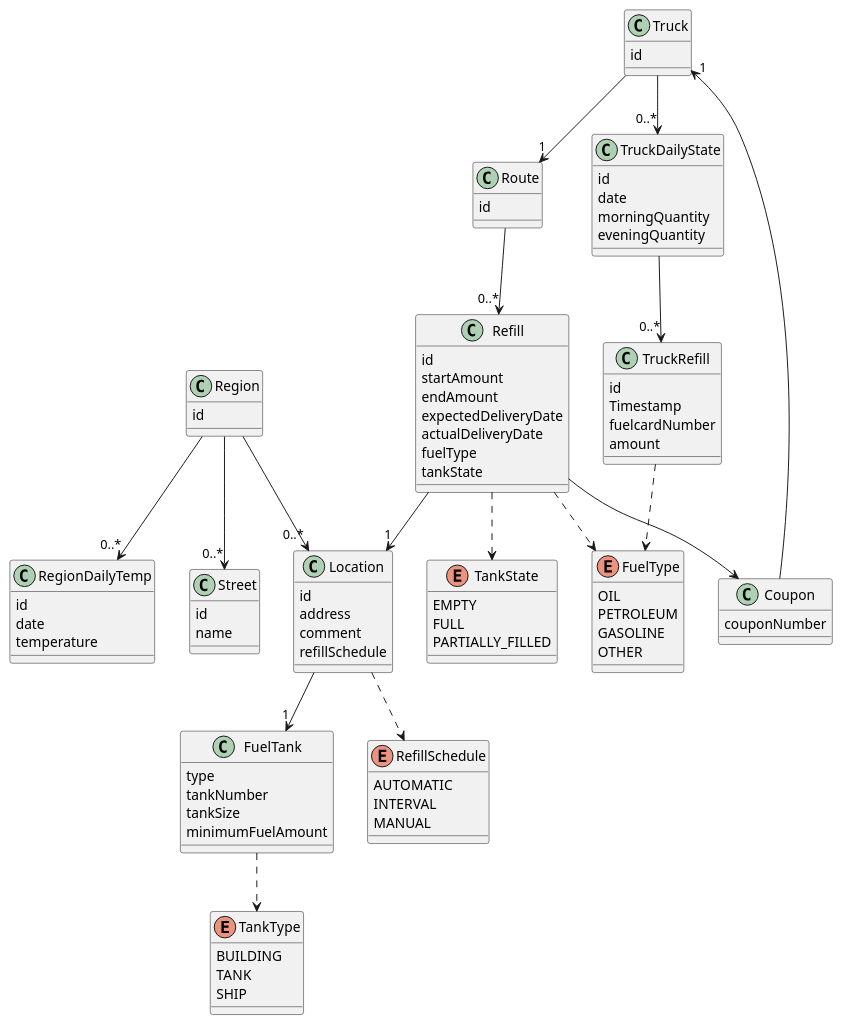
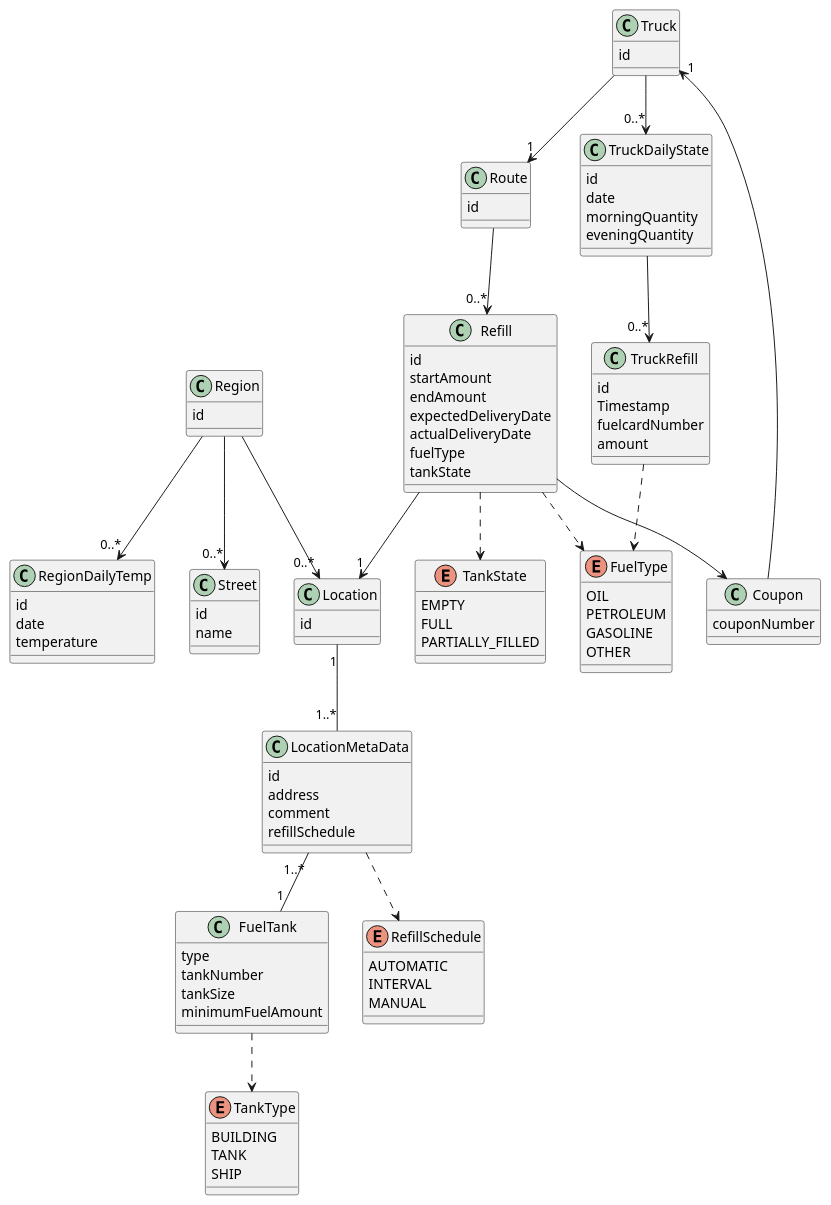
The diagram in docs/entity-datamodel.md (IT-Minds/client_comby_oilcontrols), drawn with PlantUML before and after one commit.

Commit message:
expand dm diagram.

````diff
--- a/docs/entity-datamodel.md
+++ b/docs/entity-datamodel.md
@@ -13,6 +13,10 @@
 }
 
 class Location {
+  id
+}
+
+class LocationMetaData {
   id
   address
   comment
@@ -109,8 +113,9 @@
 TruckRefill ..> FuelType
 Region --> "0..*" Street
 
-Location --> "1" FuelTank
-Location ..> RefillSchedule
+LocationMetaData "1..*" -- "1" FuelTank
+LocationMetaData ..> RefillSchedule
+Location "1" -- "1..*" LocationMetaData
 @enduml
 
 ```
````
